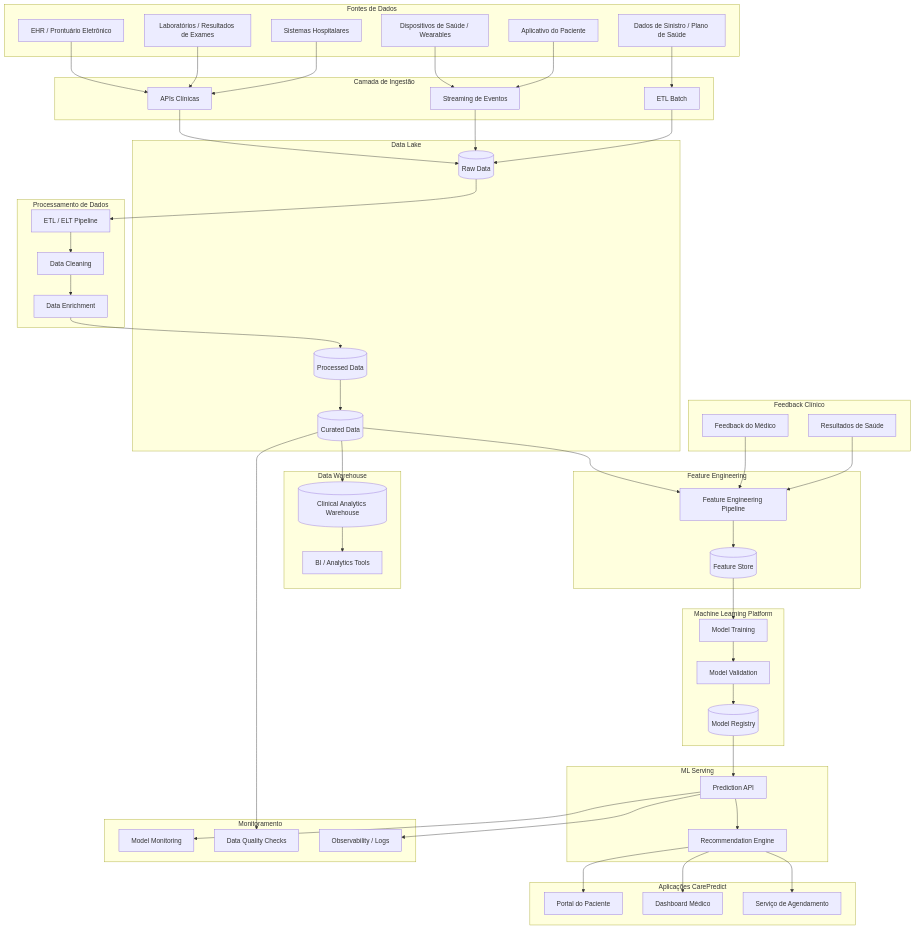
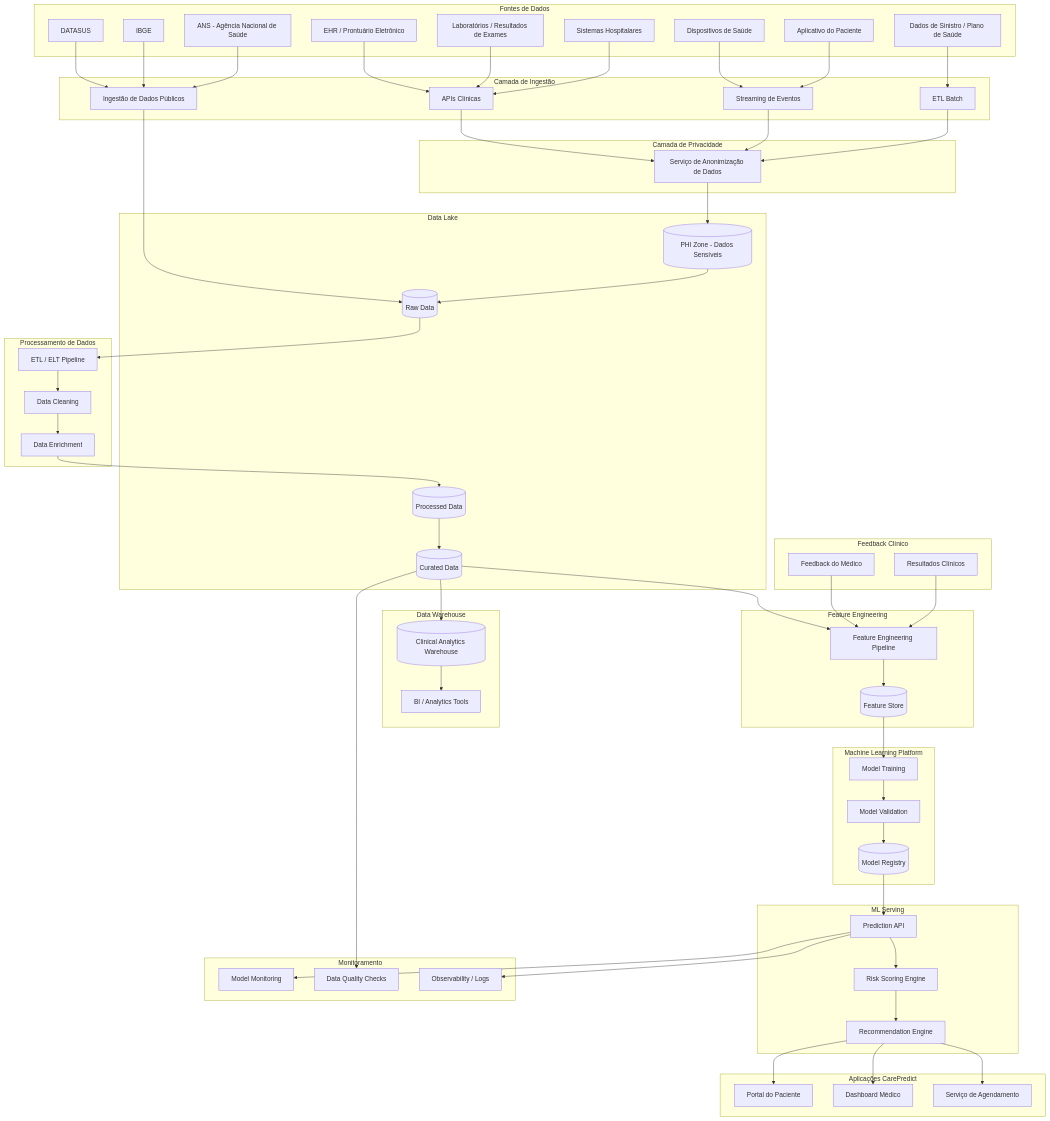
One commit to ccps1-care-predict/care-plus-ccps1 changed the first of 2 diagrams in ARQUITETURA DE DADOS.md. Above: the diagram before and after it, drawn with Mermaid. The commit also changed other lines of this file, not shown here.

Commit message:
doc: arq de dados

`````diff
--- a/ARQUITETURA DE DADOS.md
+++ b/ARQUITETURA DE DADOS.md
@@ -8,12 +24,18 @@
 %% ==============================
 
 subgraph DataSources["Fontes de Dados"]
+
 EHR[EHR / Prontuário Eletrônico]
 Lab[Laboratórios / Resultados de Exames]
 Hosp[Sistemas Hospitalares]
 Claims[Dados de Sinistro / Plano de Saúde]
-Wearables[Dispositivos de Saúde / Wearables]
+Wearables[Dispositivos de Saúde]
 App[Aplicativo do Paciente]
+
+DATASUS[DATASUS]
+IBGE[IBGE]
+ANS[ANS - Agência Nacional de Saúde]
+
 end
 
 %% ==============================
@@ -21,19 +43,35 @@
 %% ==============================
 
 subgraph Ingestion["Camada de Ingestão"]
+
 API[APIs Clínicas]
 Stream[Streaming de Eventos]
 Batch[ETL Batch]
+PublicAPI[Ingestão de Dados Públicos]
+
 end
 
 %% ==============================
-%% RAW DATA STORAGE
+%% DATA ANONYMIZATION
+%% ==============================
+
+subgraph Privacy["Camada de Privacidade"]
+
+Anonymization[Serviço de Anonimização de Dados]
+
+end
+
+%% ==============================
+%% DATA STORAGE
 %% ==============================
 
 subgraph DataLake["Data Lake"]
+
+PHI[(PHI Zone - Dados Sensíveis)]
 Raw[(Raw Data)]
 Processed[(Processed Data)]
 Curated[(Curated Data)]
+
 end
 
 %% ==============================
@@ -41,27 +79,33 @@
 %% ==============================
 
 subgraph Processing["Processamento de Dados"]
+
 ETL[ETL / ELT Pipeline]
 Cleaning[Data Cleaning]
 Enrichment[Data Enrichment]
+
 end
 
 %% ==============================
-%% ANALYTICS LAYER
+%% ANALYTICS
 %% ==============================
 
 subgraph Warehouse["Data Warehouse"]
+
 DW[(Clinical Analytics Warehouse)]
 BI[BI / Analytics Tools]
+
 end
 
 %% ==============================
-%% ML FEATURE LAYER
+%% FEATURE ENGINEERING
 %% ==============================
 
 subgraph FeatureLayer["Feature Engineering"]
+
 FeaturePipeline[Feature Engineering Pipeline]
 FeatureStore[(Feature Store)]
+
 end
 
 %% ==============================
@@ -69,9 +113,11 @@
 %% ==============================
 
 subgraph ML["Machine Learning Platform"]
+
 Training[Model Training]
 Validation[Model Validation]
 Registry[(Model Registry)]
+
 end
 
 %% ==============================
@@ -79,18 +125,23 @@
 %% ==============================
 
 subgraph Serving["ML Serving"]
+
 InferenceAPI[Prediction API]
+RiskEngine[Risk Scoring Engine]
 RecommendationEngine[Recommendation Engine]
+
 end
 
 %% ==============================
-%% APPLICATION LAYER
+%% APPLICATIONS
 %% ==============================
 
 subgraph Applications["Aplicações CarePredict"]
+
 PatientApp[Portal do Paciente]
 DoctorDashboard[Dashboard Médico]
 Scheduling[Serviço de Agendamento]
+
 end
 
 %% ==============================
@@ -98,9 +149,11 @@
 %% ==============================
 
 subgraph Monitoring["Monitoramento"]
+
 ModelMonitoring[Model Monitoring]
 DataQuality[Data Quality Checks]
 Logs[Observability / Logs]
+
 end
 
 %% ==============================
@@ -108,8 +161,10 @@
 %% ==============================
 
 subgraph Feedback["Feedback Clínico"]
+
 MedicalFeedback[Feedback do Médico]
-PatientOutcomes[Resultados de Saúde]
+PatientOutcomes[Resultados Clínicos]
+
 end
 
 %% ==============================
@@ -123,9 +178,17 @@
 Wearables --> Stream
 App --> Stream
 
-API --> Raw
-Stream --> Raw
-Batch --> Raw
+DATASUS --> PublicAPI
+IBGE --> PublicAPI
+ANS --> PublicAPI
+
+API --> Anonymization
+Stream --> Anonymization
+Batch --> Anonymization
+PublicAPI --> Raw
+
+Anonymization --> PHI
+PHI --> Raw
 
 Raw --> ETL
 ETL --> Cleaning
@@ -146,7 +209,8 @@
 
 Registry --> InferenceAPI
 
-InferenceAPI --> RecommendationEngine
+InferenceAPI --> RiskEngine
+RiskEngine --> RecommendationEngine
 
 RecommendationEngine --> PatientApp
 RecommendationEngine --> DoctorDashboard
@@ -158,4 +222,4 @@
 
 MedicalFeedback --> FeaturePipeline
 PatientOutcomes --> FeaturePipeline
-```
+````
`````
